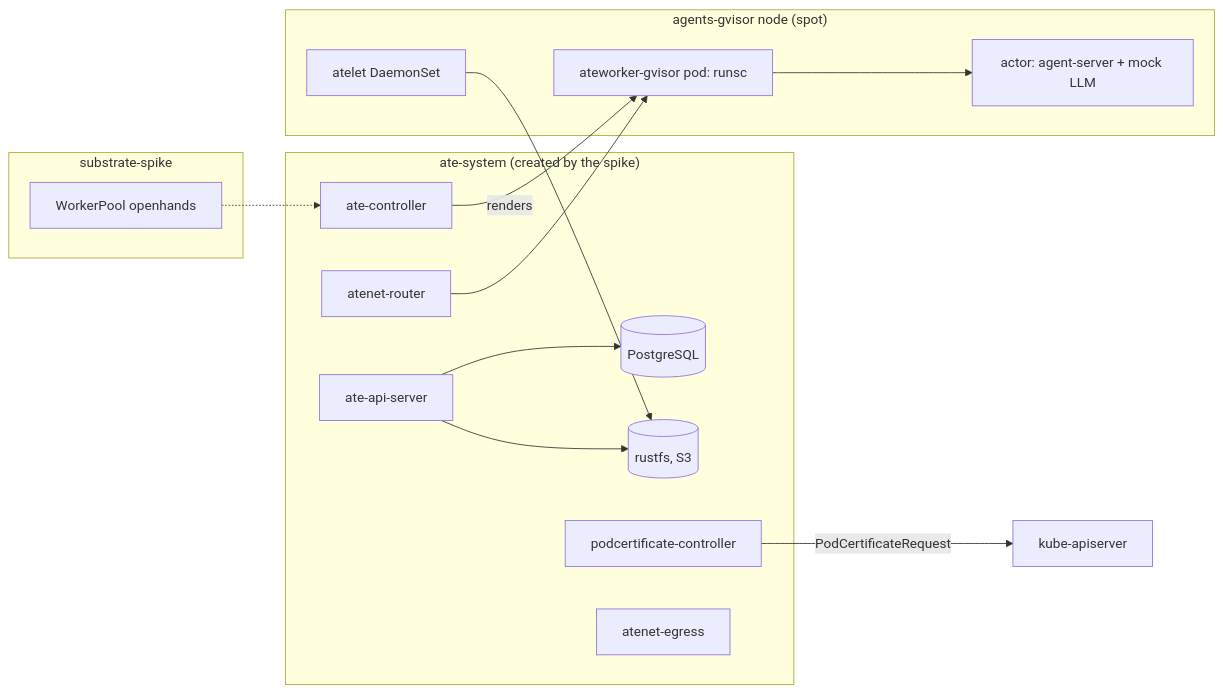
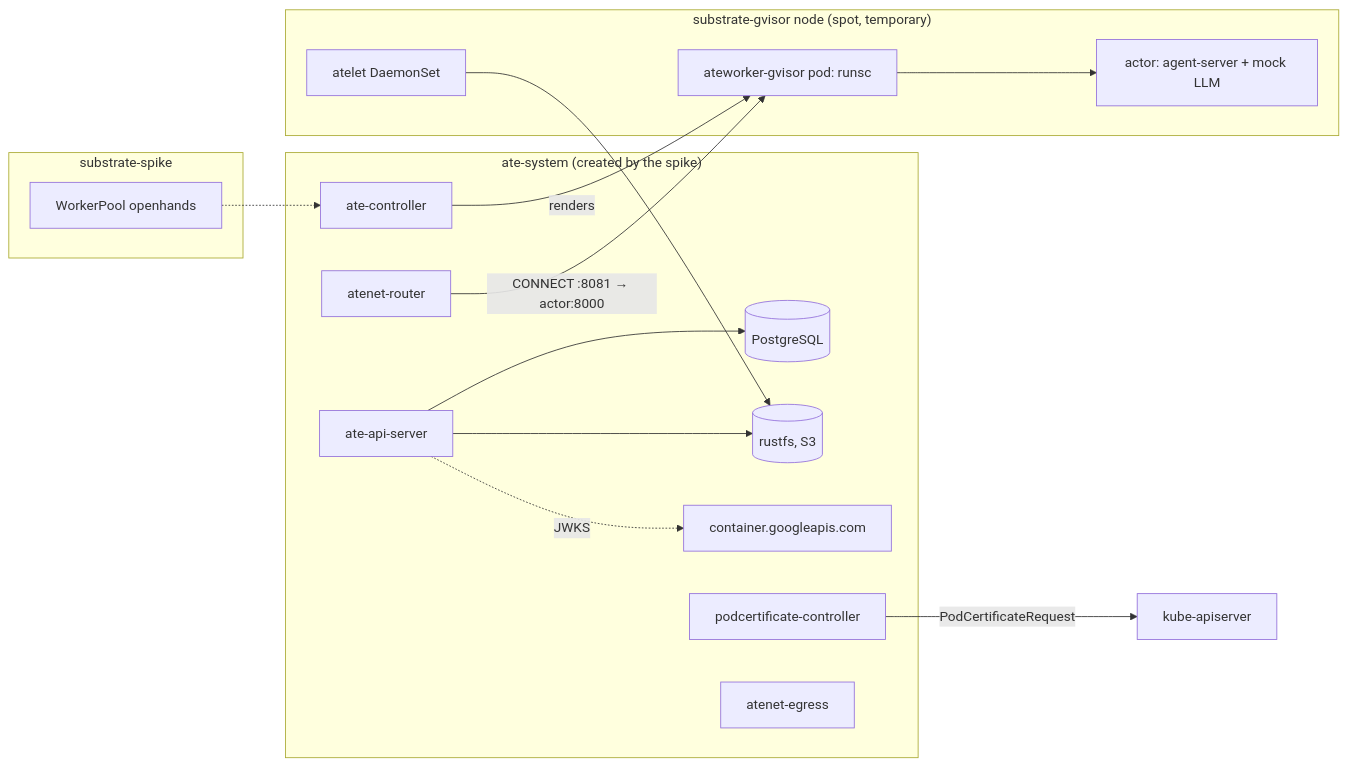
Before and after one commit to Smana/ai-native-ref: the diagram in docs/superpowers/specs/2026-10-17-substrate-spike.md, drawn with Mermaid. The commit also changed other lines of this file and 7 other files, not shown here.

````diff
--- a/docs/superpowers/specs/2026-10-17-substrate-spike.md
+++ b/docs/superpowers/specs/2026-10-17-substrate-spike.md
@@ -26,22 +89,23 @@
 ```mermaid
 flowchart LR
   subgraph ate-system["ate-system (created by the spike)"]
     api[ate-api-server] --> pg[(PostgreSQL)]
     api --> s3[(rustfs, S3)]
+    api -. JWKS .-> gke[container.googleapis.com]
     ctl[ate-controller]
     pcc[podcertificate-controller]
     router[atenet-router]
     egress[atenet-egress]
   end
-  subgraph node["agents-gvisor node (spot)"]
+  subgraph node["substrate-gvisor node (spot, temporary)"]
     atelet[atelet DaemonSet] --> s3
     w[ateworker-gvisor pod: runsc] --> actor["actor: agent-server + mock LLM"]
   end
   subgraph spike["substrate-spike"]
     wp[WorkerPool openhands]
   end
   ctl -- renders --> w
   wp -.-> ctl
   pcc -- PodCertificateRequest --> kapi[kube-apiserver]
-  router --> w
+  router -- "CONNECT :8081 → actor:8000" --> w
 ```
````
